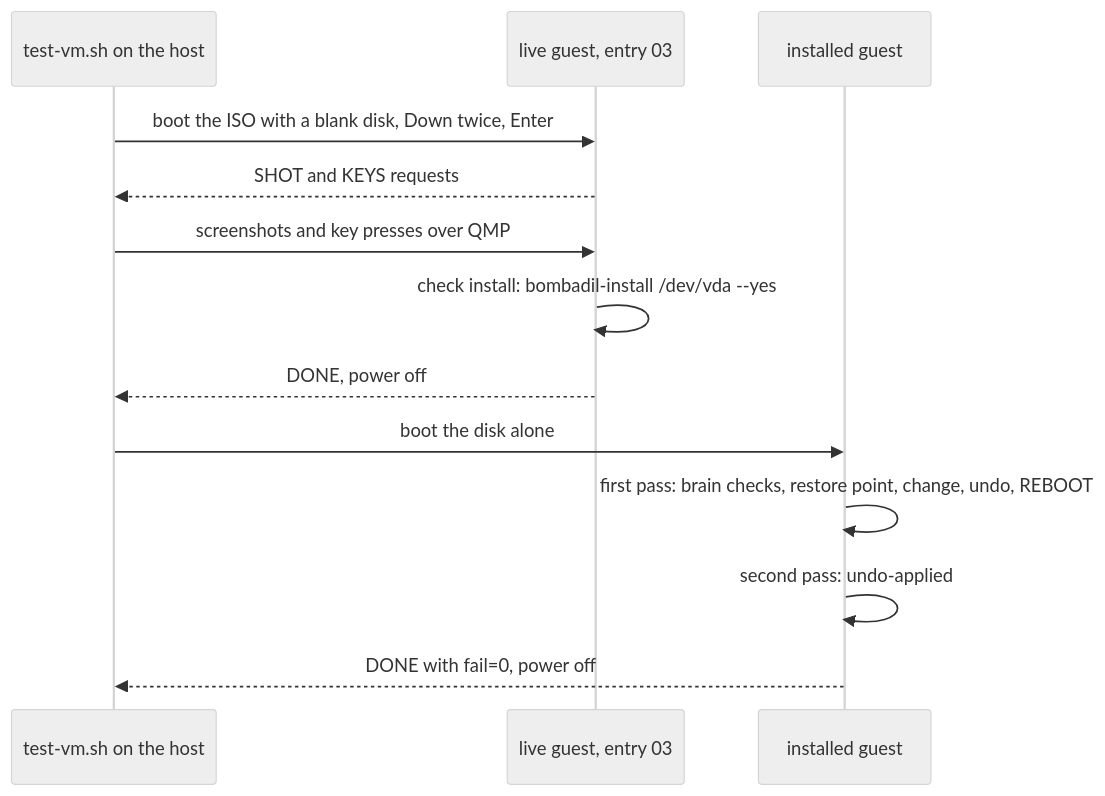
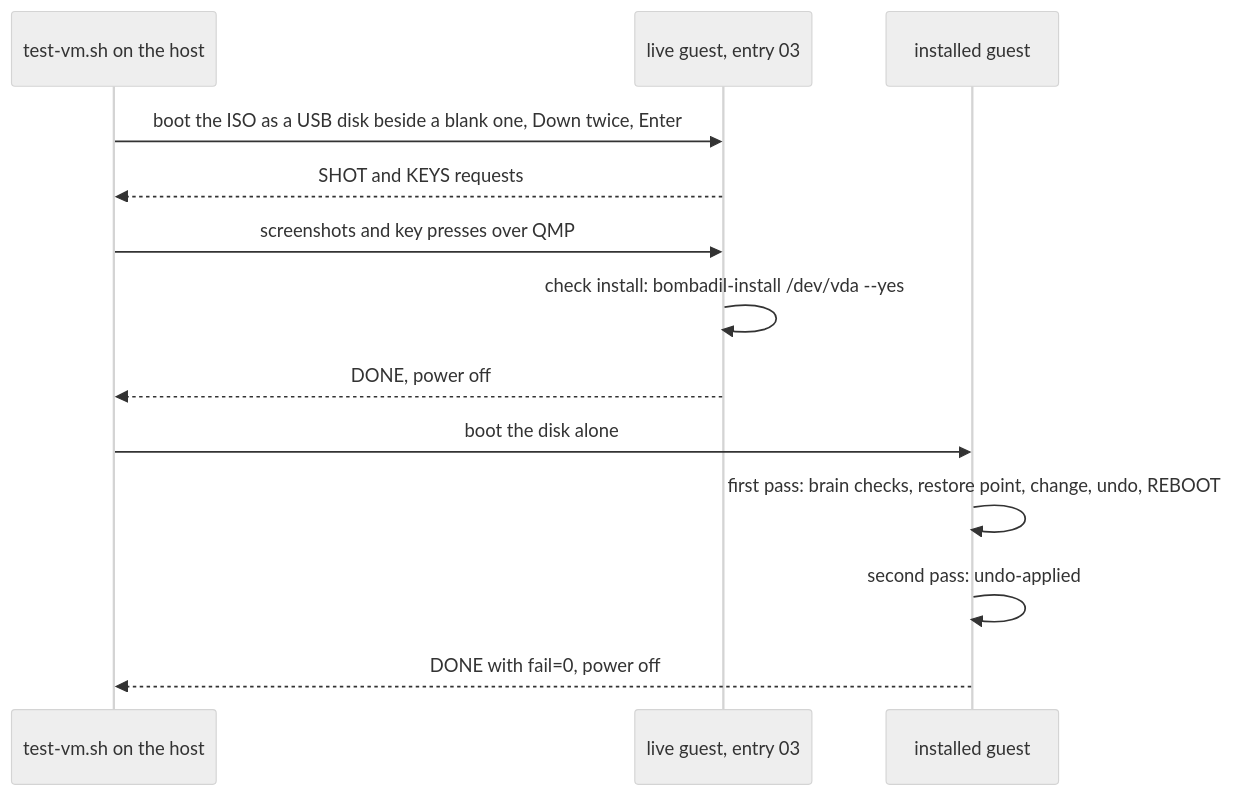
Before and after one commit to thedefaultman/Bombadil: the fourth of 4 diagrams in docs/architecture/iso-and-install.md, drawn with Mermaid (neutral theme). The commit also changed other lines of this file and 22 other files, not shown here.

First line of the commit message:
docs: architecture, UX and brand pages brought up to date for the installed OS, the Tips app and card, and idle cost

````diff
--- a/docs/architecture/iso-and-install.md
+++ b/docs/architecture/iso-and-install.md
@@ -375,15 +396,15 @@
 ```mermaid
 sequenceDiagram
     participant H as test-vm.sh on the host
     participant L as live guest, entry 03
     participant I as installed guest
-    H->>L: boot the ISO with a blank disk, Down twice, Enter
+    H->>L: boot the ISO as a USB disk beside a blank one, Down twice, Enter
     L-->>H: SHOT and KEYS requests
     H->>L: screenshots and key presses over QMP
     L->>L: check install: bombadil-install /dev/vda --yes
     L-->>H: DONE, power off
     H->>I: boot the disk alone
     I->>I: first pass: brain checks, restore point, change, undo, REBOOT
     I->>I: second pass: undo-applied
     I-->>H: DONE with fail=0, power off
 ```
````
